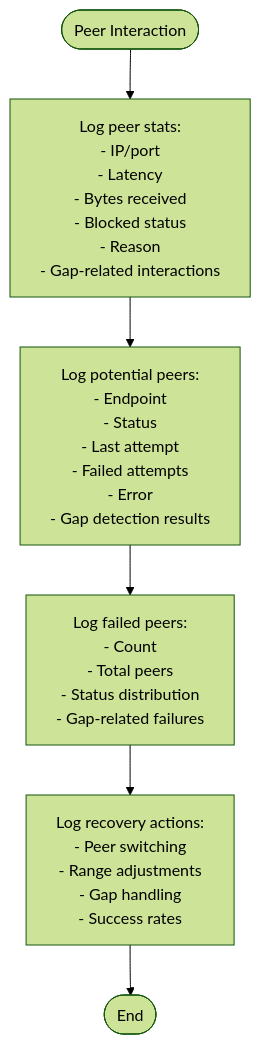
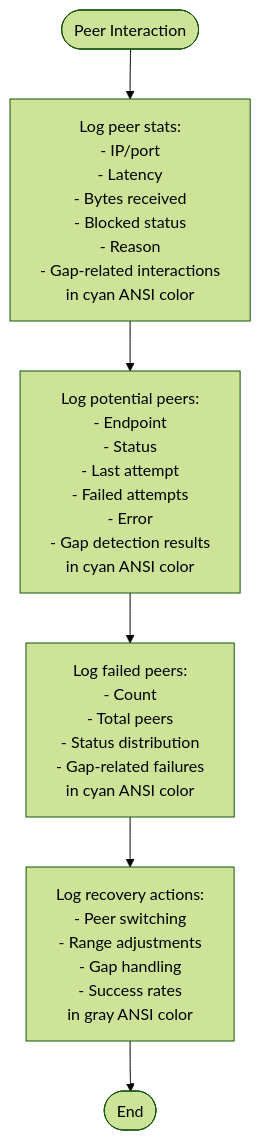
One commit to VIZ-Blockchain/viz-cpp-node changed diagram 23 of 36 in .qoder/repowiki/en/content/P2p Plugin.md. Above: the diagram before and after it, drawn with Mermaid (forest theme). The commit also changed other lines of this file and 3 other files, not shown here.

````diff
--- a/.qoder/repowiki/en/content/P2p Plugin.md
+++ b/.qoder/repowiki/en/content/P2p Plugin.md
@@ -874,8 +889,8 @@
 ```mermaid
 flowchart TD
-Start([Peer Interaction]) --> LogPeerStats["Log peer stats:<br/>- IP/port<br/>- Latency<br/>- Bytes received<br/>- Blocked status<br/>- Reason<br/>- Gap-related interactions"]
-LogPeerStats --> LogPotential["Log potential peers:<br/>- Endpoint<br/>- Status<br/>- Last attempt<br/>- Failed attempts<br/>- Error<br/>- Gap detection results"]
-LogPotential --> LogFailed["Log failed peers:<br/>- Count<br/>- Total peers<br/>- Status distribution<br/>- Gap-related failures"]
-LogFailed --> LogRecovery["Log recovery actions:<br/>- Peer switching<br/>- Range adjustments<br/>- Gap handling<br/>- Success rates"]
+Start([Peer Interaction]) --> LogPeerStats["Log peer stats:<br/>- IP/port<br/>- Latency<br/>- Bytes received<br/>- Blocked status<br/>- Reason<br/>- Gap-related interactions<br/>in cyan ANSI color"]
+LogPeerStats --> LogPotential["Log potential peers:<br/>- Endpoint<br/>- Status<br/>- Last attempt<br/>- Failed attempts<br/>- Error<br/>- Gap detection results<br/>in cyan ANSI color"]
+LogPotential --> LogFailed["Log failed peers:<br/>- Count<br/>- Total peers<br/>- Status distribution<br/>- Gap-related failures<br/>in cyan ANSI color"]
+LogFailed --> LogRecovery["Log recovery actions:<br/>- Peer switching<br/>- Range adjustments<br/>- Gap handling<br/>- Success rates<br/>in gray ANSI color"]
 LogRecovery --> End([End])
 ```
````
